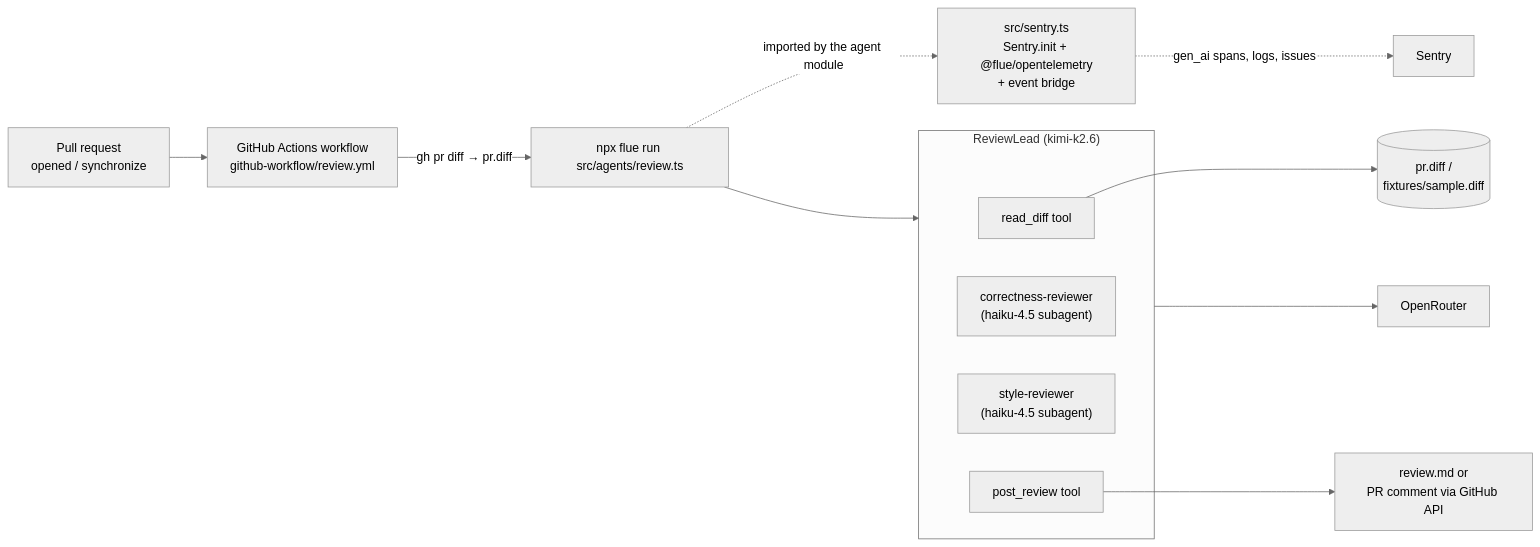
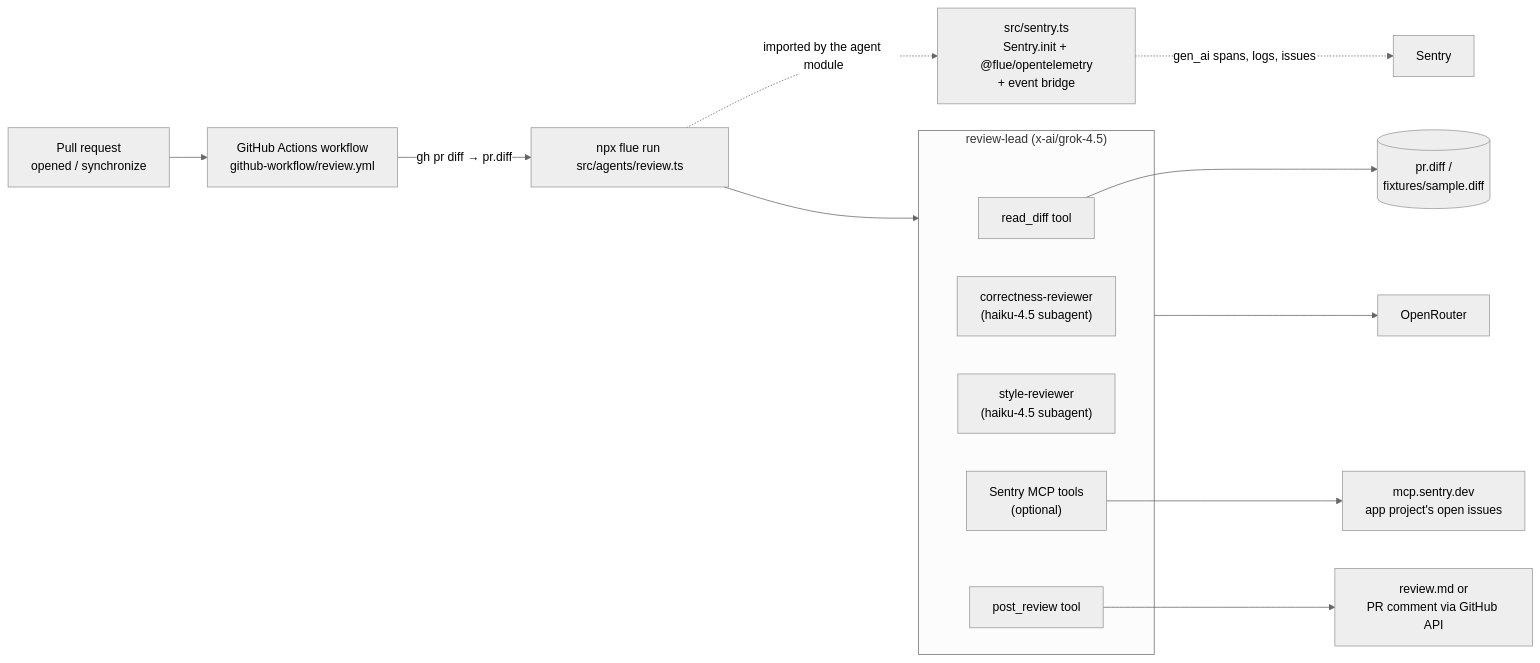
Before and after one commit to getsentry/sentry-agent-tracing-examples: the third of 3 diagrams in ARCHITECTURE.md, drawn with Mermaid (neutral theme). The commit also changed other lines of this file and 141 other files, not shown here.

````diff
--- a/ARCHITECTURE.md
+++ b/ARCHITECTURE.md
@@ -410,18 +399,20 @@
 ```mermaid
 flowchart LR
     pr["Pull request<br/>opened / synchronize"] --> wf["GitHub Actions workflow<br/>github-workflow/review.yml"]
     wf -- "gh pr diff → pr.diff" --> run["npx flue run src/agents/review.ts"]
-    subgraph agent["ReviewLead (kimi-k2.6)"]
+    subgraph agent["review-lead (x-ai/grok-4.5)"]
         rd["read_diff tool"]
         sub1["correctness-reviewer<br/>(haiku-4.5 subagent)"]
         sub2["style-reviewer<br/>(haiku-4.5 subagent)"]
+        mcp["Sentry MCP tools<br/>(optional)"]
         post["post_review tool"]
     end
     run --> agent
     rd --> diff[("pr.diff /<br/>fixtures/sample.diff")]
+    mcp --> mcpsrv["mcp.sentry.dev<br/>app project's open issues"]
     post --> out["review.md or<br/>PR comment via GitHub API"]
     agent --> or["OpenRouter"]
     sen["src/sentry.ts<br/>Sentry.init + @flue/opentelemetry<br/>+ event bridge"]
     run -. "imported by the agent module" .-> sen
     sen -. "gen_ai spans, logs, issues" .-> sentry["Sentry"]
 ```
````
